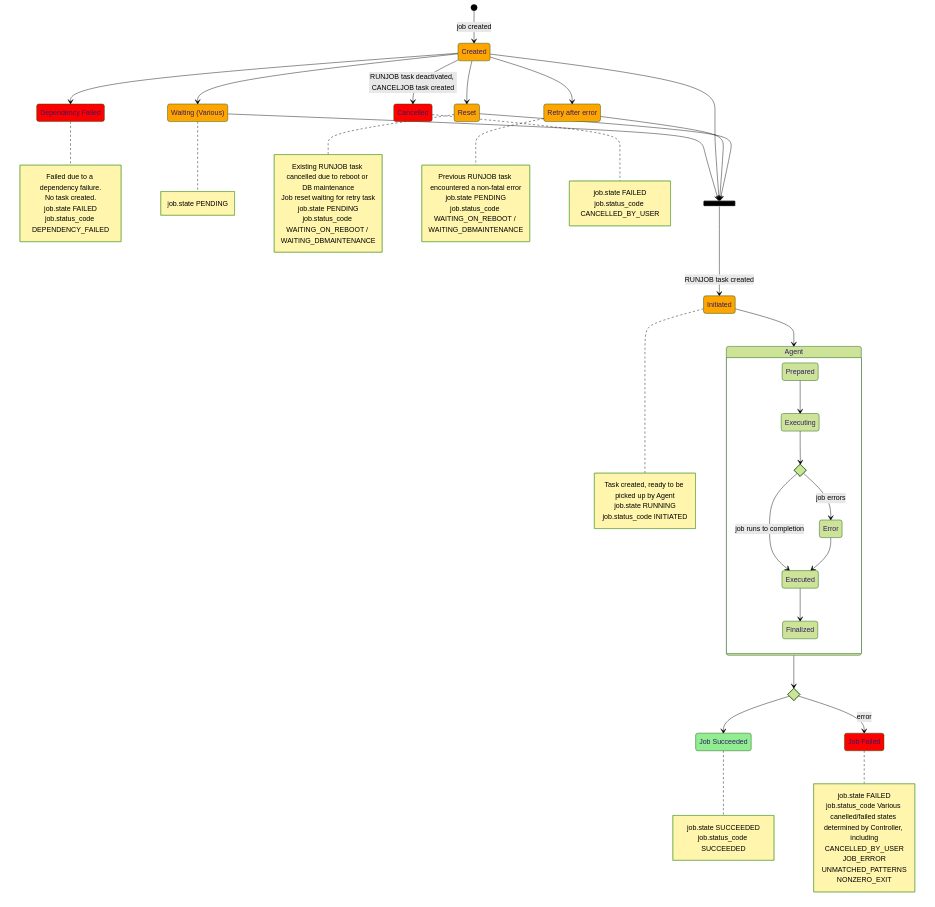
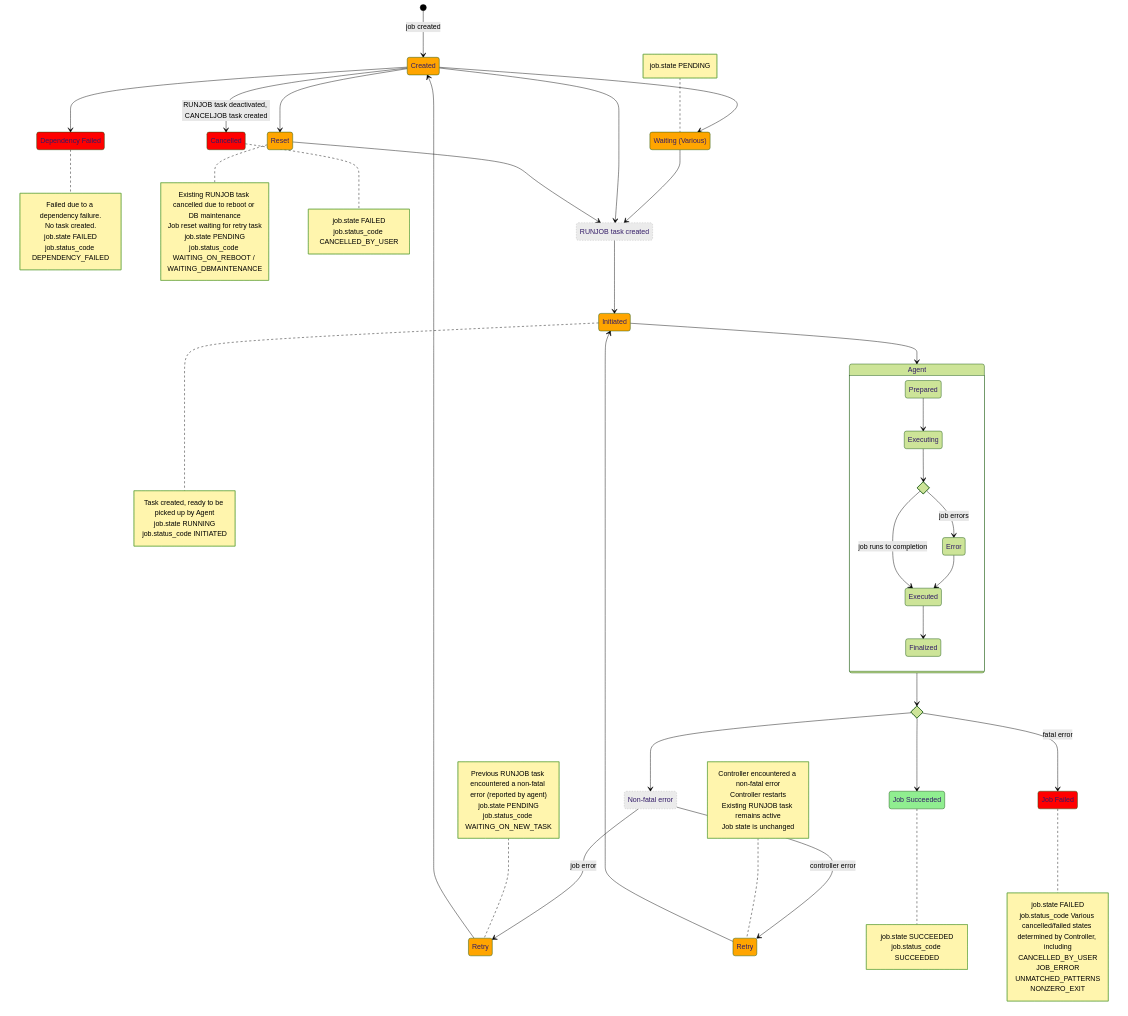
The diagram in docs/controller_state_diagram.md (opensafely-core/job-runner), drawn with Mermaid (forest theme) before and after one commit. The commit also changed 1 other file, not shown here.

Commit message:
diagram updates

````diff
--- a/docs/controller_state_diagram.md
+++ b/docs/controller_state_diagram.md
@@ -19,25 +19,26 @@
     succeeded: Job Succeeded
     error: Error
     reset_reboot_dbmaintenance: Reset
-    retry: Retry after error
+    job_error: Retry
+    controller_error: Retry
     waiting: Waiting (Various)
     cancelled: Cancelled
     failed: Job Failed
     dependency_failed: Dependency Failed
+    initiated_join: RUNJOB task created
+    non_fatal_error: Non-fatal error
 
      [*] --> created: job created
     created --> cancelled: RUNJOB task deactivated, CANCELJOB task created
     created --> waiting
     created --> dependency_failed
-    created --> retry
     created --> reset_reboot_dbmaintenance
 
     state initiated_join <<join>>
     waiting --> initiated_join
     created --> initiated_join
-    retry --> initiated_join
     reset_reboot_dbmaintenance --> initiated_join
-    initiated_join --> initiated: RUNJOB task created
+    initiated_join --> initiated
 
 
     initiated --> AgentStages
@@ -58,7 +59,15 @@
     state finalized_fork_state <<choice>>
     AgentStages --> finalized_fork_state
     finalized_fork_state --> succeeded
-    finalized_fork_state --> failed: error
+    finalized_fork_state --> failed: fatal error
+    finalized_fork_state --> non_fatal_error
+
+
+    job_error --> created
+    controller_error --> initiated
+
+    non_fatal_error --> job_error: job error
+    non_fatal_error --> controller_error: controller error
 
     note right of initiated
         Task created, ready to be picked up by Agent
@@ -73,19 +82,13 @@
         job.status_code DEPENDENCY_FAILED
     end note
 
-    note right of waiting
+    note left of waiting
         job.state PENDING
     end note
 
     note right of reset_reboot_dbmaintenance
         Existing RUNJOB task cancelled due to reboot or DB maintenance
         Job reset waiting for retry task
-        job.state PENDING
-        job.status_code WAITING_ON_REBOOT / WAITING_DBMAINTENANCE
-    end note
-
-    note right of retry
-        Previous RUNJOB task encountered a non-fatal error
         job.state PENDING
         job.status_code WAITING_ON_REBOOT / WAITING_DBMAINTENANCE
     end note
@@ -102,18 +105,33 @@
 
     note right of failed
         job.state FAILED
-        job.status_code Various canelled/failed states determined by Controller, including
+        job.status_code Various cancelled/failed states determined by Controller, including
             CANCELLED_BY_USER
             JOB_ERROR
             UNMATCHED_PATTERNS
             NONZERO_EXIT
     end note
 
+    note left of job_error
+        Previous RUNJOB task encountered a non-fatal error (reported by agent)
+        job.state PENDING
+        job.status_code WAITING_ON_NEW_TASK
+    end note
+
+    note left of controller_error
+        Controller encountered a non-fatal error
+        Controller restarts
+        Existing RUNJOB task remains active
+        Job state is unchanged
+    end note
+
 classDef success fill:lightgreen;
 classDef pending fill:orange;
 classDef error fill:red;
+classDef action fill:#ebebeb,stroke:gray,stroke-width:0.5px,stroke-dasharray: 3 3;
 
-class created,initiated,succeeded,waiting,retry,reset_reboot_dbmaintenance pending
+class created,initiated,succeeded,waiting,retry,reset_reboot_dbmaintenance,job_error,controller_error pending
 class failed,cancelled,dependency_failed error
 class succeeded success
+class initiated_join,non_fatal_error action
 ```
````
